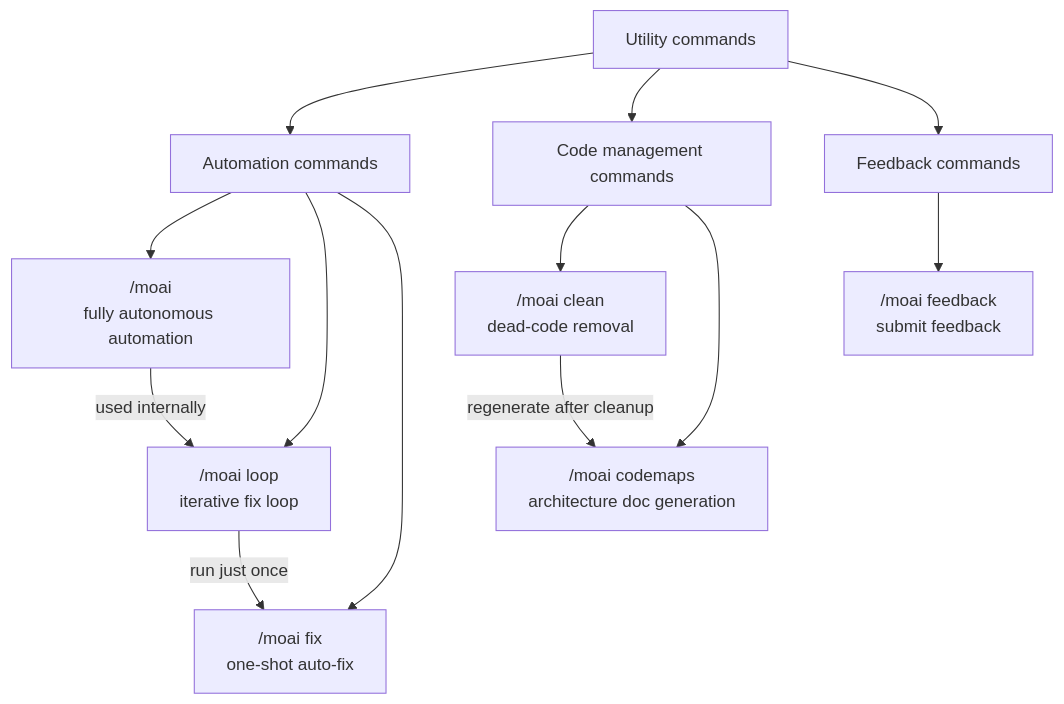
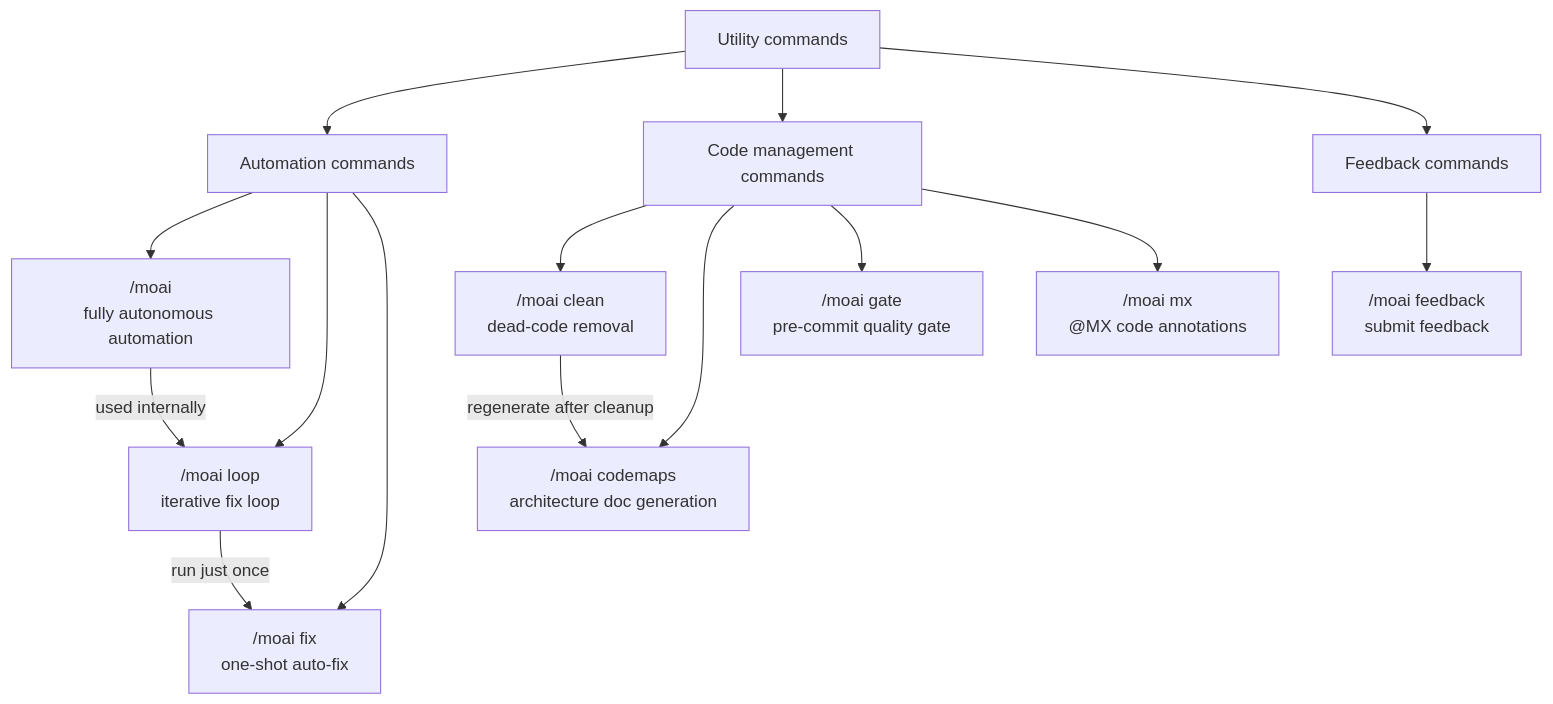
One commit to modu-ai/moai-adk changed the diagram in docs-site/content/en/utility-commands/_index.md. Above: the diagram before and after it, drawn with Mermaid. The commit also changed other lines of this file and 180 other files, not shown here.

````diff
--- a/docs-site/content/en/utility-commands/_index.md
+++ b/docs-site/content/en/utility-commands/_index.md
@@ -31,17 +33,19 @@
 ```mermaid
 flowchart TD
     A[Utility commands] --> B[Automation commands]
     A --> C[Code management commands]
     A --> D[Feedback commands]
 
     B --> E["/moai<br/>fully autonomous automation"]
     B --> F["/moai loop<br/>iterative fix loop"]
     B --> G["/moai fix<br/>one-shot auto-fix"]
     C --> H["/moai clean<br/>dead-code removal"]
     C --> I["/moai codemaps<br/>architecture doc generation"]
+    C --> K["/moai gate<br/>pre-commit quality gate"]
+    C --> L["/moai mx<br/>@MX code annotations"]
     D --> J["/moai feedback<br/>submit feedback"]
 
     E -->|used internally| F
     F -->|run just once| G
     H -->|regenerate after cleanup| I
 ```
````
